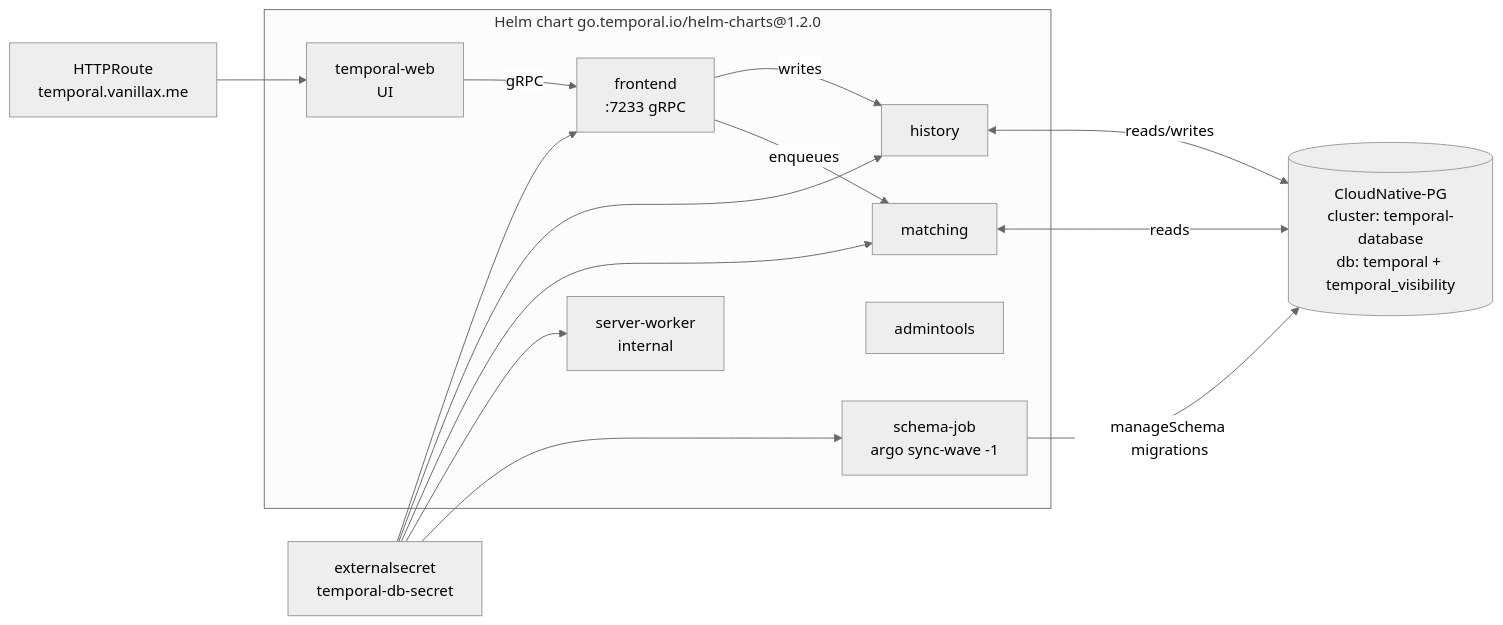
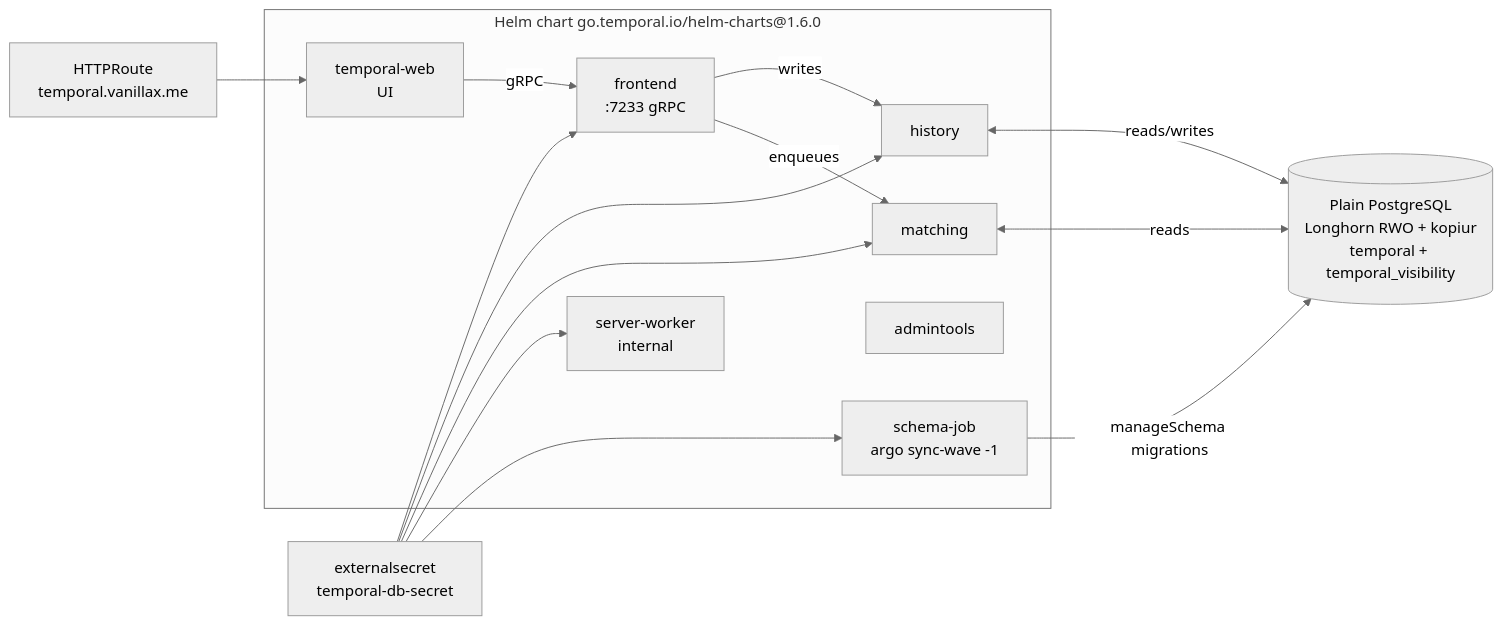
The first of 2 diagrams in my-apps/development/temporal/README.md (mitchross/talos-argocd-proxmox), drawn with Mermaid (neutral theme) before and after one commit. The commit also changed other lines of this file and 2 other files, not shown here.

Commit message:
fix(temporal): alert on timer DLQ tasks

````diff
--- a/my-apps/development/temporal/README.md
+++ b/my-apps/development/temporal/README.md
@@ -16,29 +16,29 @@
 ```mermaid
 flowchart LR
-    subgraph chart[Helm chart go.temporal.io/helm-charts@1.2.0]
+    subgraph chart[Helm chart go.temporal.io/helm-charts@1.6.0]
         FE[frontend<br/>:7233 gRPC]
         HIST[history]
         MATCH[matching]
         IWK[server-worker<br/>internal]
         WEB[temporal-web<br/>UI]
         ADM[admintools]
         JOB[schema-job<br/>argo sync-wave -1]
     end
 
-    CNPG[(CloudNative-PG<br/>cluster: temporal-database<br/>db: temporal + temporal_visibility)]
+    PG[(Plain PostgreSQL<br/>Longhorn RWO + kopiur<br/>temporal + temporal_visibility)]
     SECRET[externalsecret<br/>temporal-db-secret]
     HR[HTTPRoute<br/>temporal.vanillax.me]
 
-    JOB -- "manageSchema migrations" --> CNPG
+    JOB -- "manageSchema migrations" --> PG
     FE -- writes --> HIST
     FE -- enqueues --> MATCH
-    HIST <-- reads/writes --> CNPG
-    MATCH <-- reads --> CNPG
+    HIST <-- reads/writes --> PG
+    MATCH <-- reads --> PG
     SECRET --> FE
     SECRET --> HIST
     SECRET --> MATCH
     SECRET --> IWK
     SECRET --> JOB
     WEB -- gRPC --> FE
     HR --> WEB
 ```
````
